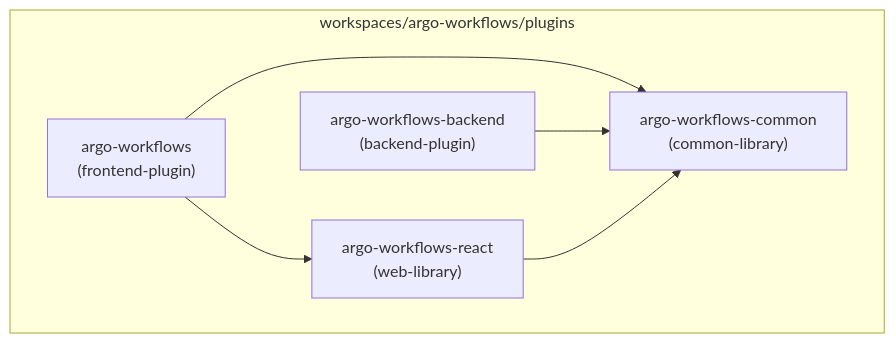
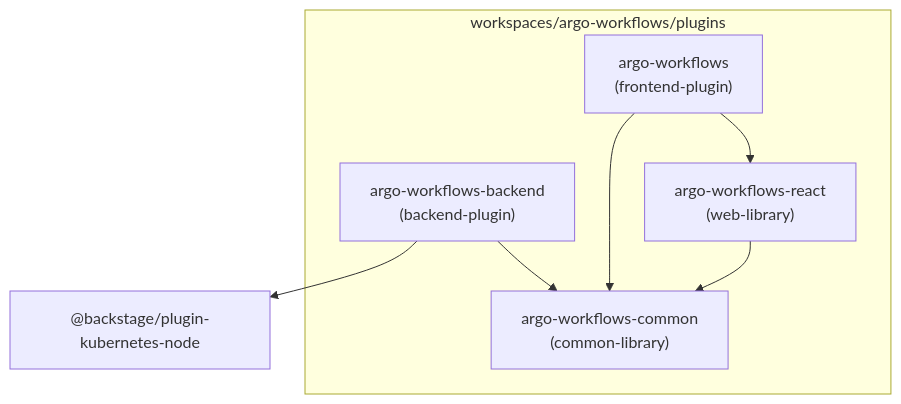
Before and after one commit to alithya-oss/backstage-plugins: the second of 3 diagrams in .kiro/specs/argo-workflows/design.md, drawn with Mermaid. The commit also changed other lines of this file and 2 other files, not shown here.

````diff
--- a/.kiro/specs/argo-workflows/design.md
+++ b/.kiro/specs/argo-workflows/design.md
@@ -37,14 +39,15 @@
 ```mermaid
 graph TD
     subgraph "workspaces/argo-workflows/plugins"
         FE["argo-workflows<br/>(frontend-plugin)"]
         BE["argo-workflows-backend<br/>(backend-plugin)"]
         COMMON["argo-workflows-common<br/>(common-library)"]
         REACT["argo-workflows-react<br/>(web-library)"]
     end
 
     FE --> REACT
     FE --> COMMON
     BE --> COMMON
     REACT --> COMMON
+    BE --> K8SNODE["@backstage/plugin-kubernetes-node"]
 ```
````
